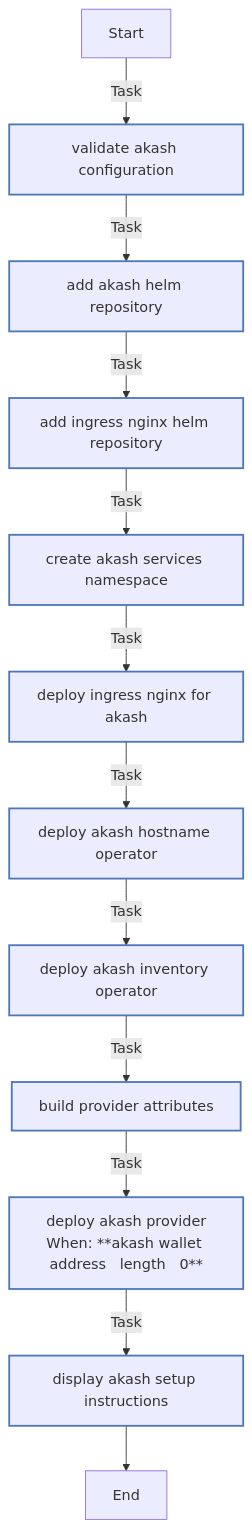
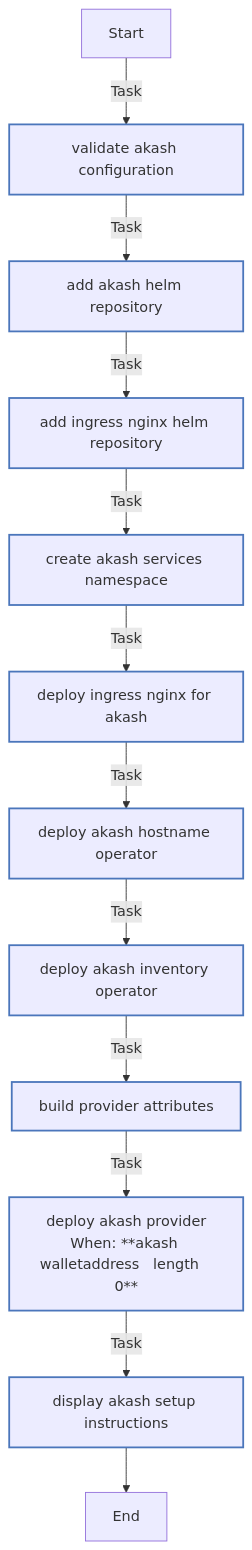
Before and after one commit to rou-cru/k3s-homelab: the diagram in roles/akash/README.md, drawn with Mermaid. The commit also changed other lines of this file and 41 other files, not shown here.

````diff
--- a/roles/akash/README.md
+++ b/roles/akash/README.md
@@ -49,24 +214,24 @@
 ```mermaid
 flowchart TD
 Start
 classDef block stroke:#3498db,stroke-width:2px;
 classDef task stroke:#4b76bb,stroke-width:2px;
 classDef includeTasks stroke:#16a085,stroke-width:2px;
 classDef importTasks stroke:#34495e,stroke-width:2px;
 classDef includeRole stroke:#2980b9,stroke-width:2px;
 classDef importRole stroke:#699ba7,stroke-width:2px;
 classDef includeVars stroke:#8e44ad,stroke-width:2px;
 classDef rescue stroke:#665352,stroke-width:2px;
 
   Start-->|Task| Validate_Akash_configuration0[validate akash configuration]:::task
   Validate_Akash_configuration0-->|Task| Add_Akash_Helm_repository1[add akash helm repository]:::task
   Add_Akash_Helm_repository1-->|Task| Add_Ingress_Nginx_Helm_repository2[add ingress nginx helm repository]:::task
   Add_Ingress_Nginx_Helm_repository2-->|Task| Create_akash_services_namespace3[create akash services namespace]:::task
   Create_akash_services_namespace3-->|Task| Deploy_Ingress_Nginx_for_Akash4[deploy ingress nginx for akash]:::task
   Deploy_Ingress_Nginx_for_Akash4-->|Task| Deploy_Akash_Hostname_Operator5[deploy akash hostname operator]:::task
   Deploy_Akash_Hostname_Operator5-->|Task| Deploy_Akash_Inventory_Operator6[deploy akash inventory operator]:::task
   Deploy_Akash_Inventory_Operator6-->|Task| Build_provider_attributes7[build provider attributes]:::task
-  Build_provider_attributes7-->|Task| Deploy_Akash_Provider8[deploy akash provider<br>When: **akash wallet address   length   0**]:::task
+  Build_provider_attributes7-->|Task| Deploy_Akash_Provider8[deploy akash provider<br>When: **akash walletaddress   length   0**]:::task
   Deploy_Akash_Provider8-->|Task| Display_Akash_setup_instructions9[display akash setup instructions]:::task
   Display_Akash_setup_instructions9-->End
 ```
````
